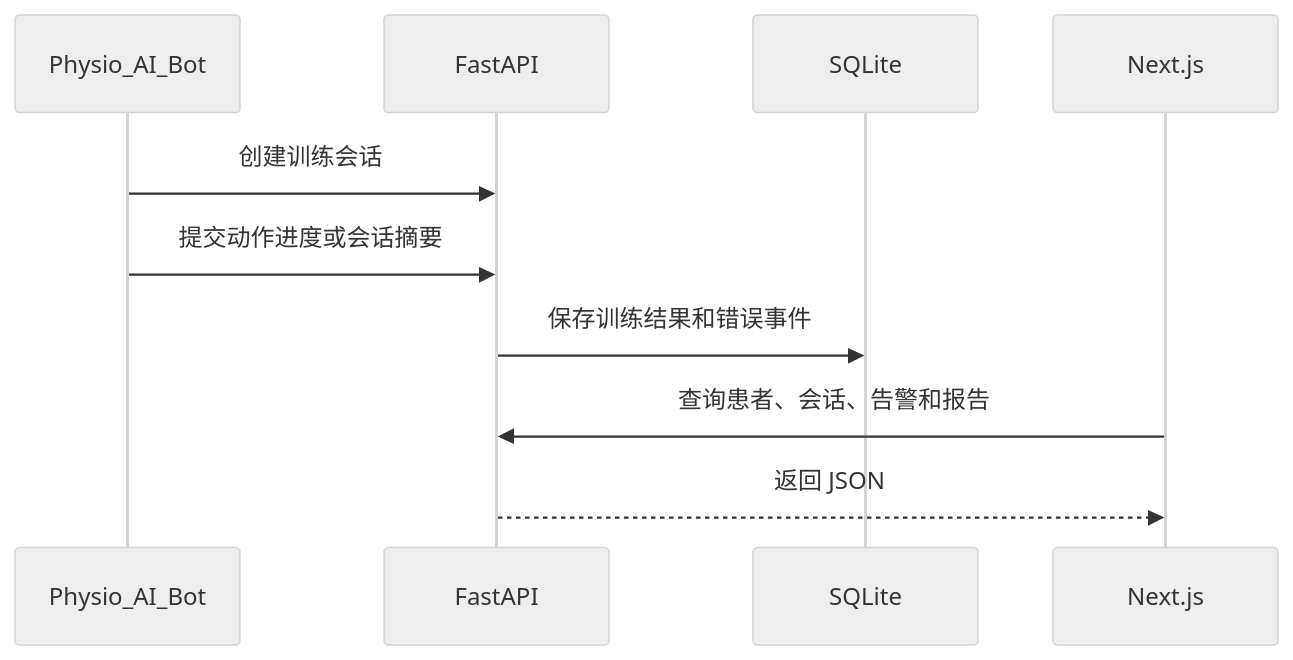
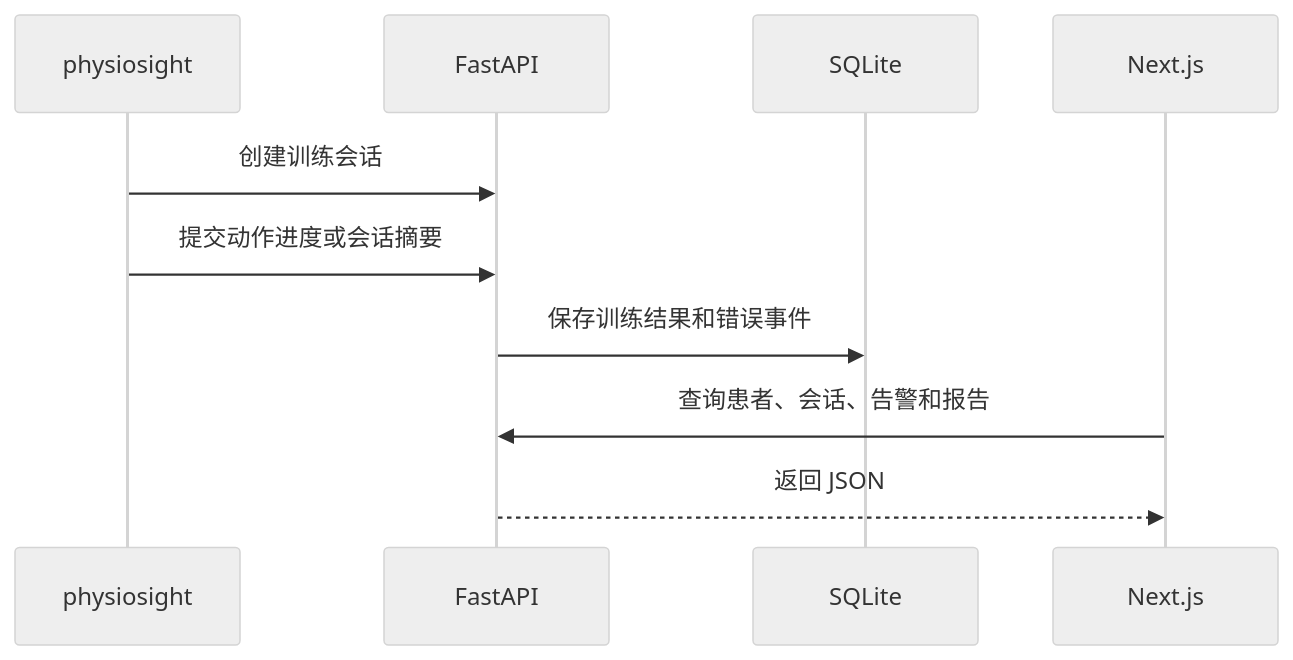
The third of 3 diagrams in docs/ARCHITECTURE.md (Wang-Tongfei/PhysioVision), drawn with Mermaid (neutral theme) before and after one commit. The commit also changed other lines of this file and 2 other files, not shown here.

````diff
--- a/docs/ARCHITECTURE.md
+++ b/docs/ARCHITECTURE.md
@@ -83,13 +87,13 @@
 ```mermaid
 sequenceDiagram
-    participant B as Physio_AI_Bot
+    participant B as physiosight
     participant A as FastAPI
     participant D as SQLite
     participant U as Next.js
 
     B->>A: 创建训练会话
     B->>A: 提交动作进度或会话摘要
     A->>D: 保存训练结果和错误事件
     U->>A: 查询患者、会话、告警和报告
     A-->>U: 返回 JSON
 ```
````
